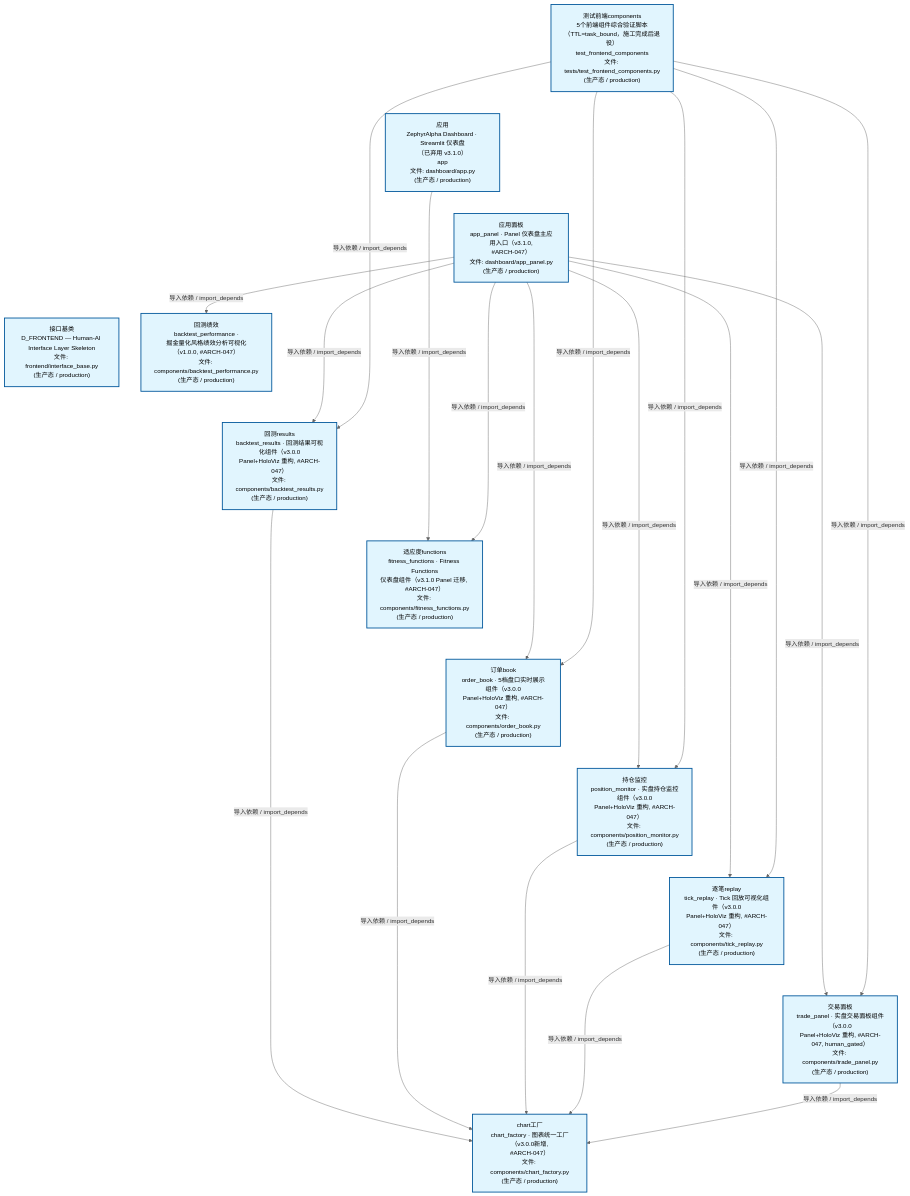
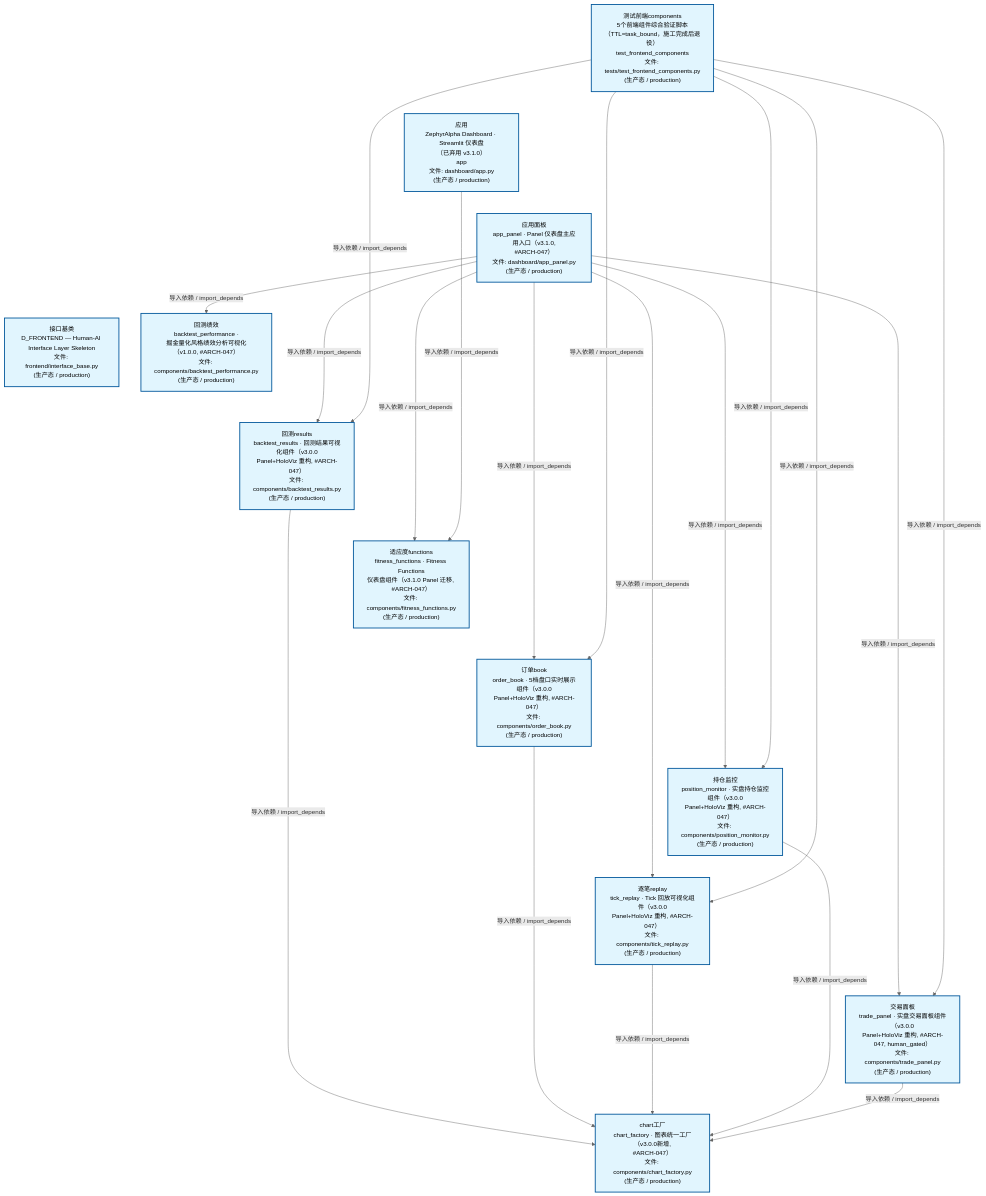
One commit to xuanFelixVan/ZephyrAlpha changed the second of 4 diagrams in docs/02_enterprise_architecture/02_domain_architecture_docs/47_d_frontend.md. Above: the diagram before and after it, drawn with Mermaid. The commit also changed other lines of this file and 46 other files, not shown here.

````diff
--- a/docs/02_enterprise_architecture/02_domain_architecture_docs/47_d_frontend.md
+++ b/docs/02_enterprise_architecture/02_domain_architecture_docs/47_d_frontend.md
@@ -124,48 +124,48 @@
 ```mermaid
 %%{init: {'theme': 'base', 'themeVariables': {'primaryColor': '#eaeaea', 'primaryTextColor': '#333333', 'primaryBorderColor': '#666666', 'lineColor': '#666666', 'secondaryColor': '#eaeaea', 'tertiaryColor': '#eaeaea', 'fontSize': '14px'}}}%%
 flowchart TD
     scripts_tests_test_frontend_components_py["测试前端components<br/>5个前端组件综合验证脚本<br/>（TTL=task_bound，施工完成后退役）<br/>test_frontend_components<br/>文件: tests/test_frontend_components.py<br/>(生产态 / production)"]
     src_zephyr_frontend_dashboard_app_py["应用<br/>ZephyrAlpha Dashboard · Streamlit 仪表盘<br/>（已弃用 v3.1.0）<br/>app<br/>文件: dashboard/app.py<br/>(生产态 / production)"]
     src_zephyr_frontend_dashboard_app_panel_py["应用面板<br/>app_panel · Panel 仪表盘主应用入口（v3.1.0,<br/>#ARCH-047）<br/>文件: dashboard/app_panel.py<br/>(生产态 / production)"]
     src_zephyr_frontend_interface_base_py["接口基类<br/>D_FRONTEND — Human-AI Interface Layer Skeleton<br/>文件: frontend/interface_base.py<br/>(生产态 / production)"]
     scripts_tests_test_frontend_components_py ~~~ src_zephyr_frontend_dashboard_app_py
     src_zephyr_frontend_dashboard_app_py ~~~ src_zephyr_frontend_dashboard_app_panel_py
     src_zephyr_frontend_dashboard_app_panel_py ~~~ src_zephyr_frontend_interface_base_py
     src_zephyr_frontend_dashboard_components_backtest_performance_py["回测绩效<br/>backtest_performance ·<br/>掘金量化风格绩效分析可视化（v1.0.0, #ARCH-047）<br/>文件: components/backtest_performance.py<br/>(生产态 / production)"]
     src_zephyr_frontend_dashboard_components_backtest_results_py["回测results<br/>backtest_results · 回测结果可视化组件（v3.0.0<br/>Panel+HoloViz 重构, #ARCH-047）<br/>文件: components/backtest_results.py<br/>(生产态 / production)"]
     src_zephyr_frontend_dashboard_components_fitness_functions_py["适应度functions<br/>fitness_functions · Fitness Functions<br/>仪表盘组件（v3.1.0 Panel 迁移, #ARCH-047）<br/>文件: components/fitness_functions.py<br/>(生产态 / production)"]
     src_zephyr_frontend_dashboard_components_order_book_py["订单book<br/>order_book · 5档盘口实时展示组件（v3.0.0<br/>Panel+HoloViz 重构, #ARCH-047）<br/>文件: components/order_book.py<br/>(生产态 / production)"]
     src_zephyr_frontend_dashboard_components_position_monitor_py["持仓监控<br/>position_monitor · 实盘持仓监控组件（v3.0.0<br/>Panel+HoloViz 重构, #ARCH-047）<br/>文件: components/position_monitor.py<br/>(生产态 / production)"]
     src_zephyr_frontend_dashboard_components_tick_replay_py["逐笔replay<br/>tick_replay · Tick 回放可视化组件（v3.0.0<br/>Panel+HoloViz 重构, #ARCH-047）<br/>文件: components/tick_replay.py<br/>(生产态 / production)"]
     src_zephyr_frontend_dashboard_components_trade_panel_py["交易面板<br/>trade_panel · 实盘交易面板组件（v3.0.0<br/>Panel+HoloViz 重构, #ARCH-047, human_gated）<br/>文件: components/trade_panel.py<br/>(生产态 / production)"]
     src_zephyr_frontend_dashboard_components_backtest_performance_py ~~~ src_zephyr_frontend_dashboard_components_backtest_results_py
     src_zephyr_frontend_dashboard_components_backtest_results_py ~~~ src_zephyr_frontend_dashboard_components_fitness_functions_py
     src_zephyr_frontend_dashboard_components_fitness_functions_py ~~~ src_zephyr_frontend_dashboard_components_order_book_py
     src_zephyr_frontend_dashboard_components_order_book_py ~~~ src_zephyr_frontend_dashboard_components_position_monitor_py
     src_zephyr_frontend_dashboard_components_position_monitor_py ~~~ src_zephyr_frontend_dashboard_components_tick_replay_py
     src_zephyr_frontend_dashboard_components_tick_replay_py ~~~ src_zephyr_frontend_dashboard_components_trade_panel_py
     src_zephyr_frontend_dashboard_components_chart_factory_py["chart工厂<br/>chart_factory · 图表统一工厂（v3.0.0新增,<br/>#ARCH-047）<br/>文件: components/chart_factory.py<br/>(生产态 / production)"]
-    src_zephyr_frontend_dashboard_app_py -->|导入依赖 / import_depends| src_zephyr_frontend_dashboard_components_fitness_functions_py
     src_zephyr_frontend_dashboard_app_panel_py -->|导入依赖 / import_depends| src_zephyr_frontend_dashboard_components_backtest_performance_py
     src_zephyr_frontend_dashboard_app_panel_py -->|导入依赖 / import_depends| src_zephyr_frontend_dashboard_components_backtest_results_py
+    src_zephyr_frontend_dashboard_app_panel_py -->|导入依赖 / import_depends| src_zephyr_frontend_dashboard_components_fitness_functions_py
     src_zephyr_frontend_dashboard_app_panel_py -->|导入依赖 / import_depends| src_zephyr_frontend_dashboard_components_order_book_py
+    src_zephyr_frontend_dashboard_app_panel_py -->|导入依赖 / import_depends| src_zephyr_frontend_dashboard_components_tick_replay_py
     src_zephyr_frontend_dashboard_app_panel_py -->|导入依赖 / import_depends| src_zephyr_frontend_dashboard_components_position_monitor_py
-    src_zephyr_frontend_dashboard_app_panel_py -->|导入依赖 / import_depends| src_zephyr_frontend_dashboard_components_fitness_functions_py
-    src_zephyr_frontend_dashboard_app_panel_py -->|导入依赖 / import_depends| src_zephyr_frontend_dashboard_components_tick_replay_py
     src_zephyr_frontend_dashboard_app_panel_py -->|导入依赖 / import_depends| src_zephyr_frontend_dashboard_components_trade_panel_py
+    src_zephyr_frontend_dashboard_app_py -->|导入依赖 / import_depends| src_zephyr_frontend_dashboard_components_fitness_functions_py
     src_zephyr_frontend_dashboard_components_backtest_results_py -->|导入依赖 / import_depends| src_zephyr_frontend_dashboard_components_chart_factory_py
     src_zephyr_frontend_dashboard_components_order_book_py -->|导入依赖 / import_depends| src_zephyr_frontend_dashboard_components_chart_factory_py
+    src_zephyr_frontend_dashboard_components_tick_replay_py -->|导入依赖 / import_depends| src_zephyr_frontend_dashboard_components_chart_factory_py
     src_zephyr_frontend_dashboard_components_position_monitor_py -->|导入依赖 / import_depends| src_zephyr_frontend_dashboard_components_chart_factory_py
-    src_zephyr_frontend_dashboard_components_tick_replay_py -->|导入依赖 / import_depends| src_zephyr_frontend_dashboard_components_chart_factory_py
     src_zephyr_frontend_dashboard_components_trade_panel_py -->|导入依赖 / import_depends| src_zephyr_frontend_dashboard_components_chart_factory_py
     scripts_tests_test_frontend_components_py -->|导入依赖 / import_depends| src_zephyr_frontend_dashboard_components_backtest_results_py
     scripts_tests_test_frontend_components_py -->|导入依赖 / import_depends| src_zephyr_frontend_dashboard_components_order_book_py
+    scripts_tests_test_frontend_components_py -->|导入依赖 / import_depends| src_zephyr_frontend_dashboard_components_tick_replay_py
     scripts_tests_test_frontend_components_py -->|导入依赖 / import_depends| src_zephyr_frontend_dashboard_components_position_monitor_py
-    scripts_tests_test_frontend_components_py -->|导入依赖 / import_depends| src_zephyr_frontend_dashboard_components_tick_replay_py
     scripts_tests_test_frontend_components_py -->|导入依赖 / import_depends| src_zephyr_frontend_dashboard_components_trade_panel_py
     classDef production fill:#e1f5fe,stroke:#01579b,stroke-width:2px,color:#000
     classDef design fill:#fff3e0,stroke:#e65100,stroke-width:2px,color:#000,stroke-dasharray: 5 5
     classDef external_prod fill:#e8f4fd,stroke:#0277bd,stroke-width:1px,color:#000
     classDef external_design fill:#fff8e7,stroke:#ef6c00,stroke-width:1px,color:#000,stroke-dasharray: 5 5
     class scripts_tests_test_frontend_components_py,src_zephyr_frontend_dashboard_app_py,src_zephyr_frontend_dashboard_app_panel_py,src_zephyr_frontend_dashboard_components_backtest_performance_py,src_zephyr_frontend_dashboard_components_backtest_results_py,src_zephyr_frontend_dashboard_components_chart_factory_py,src_zephyr_frontend_dashboard_components_fitness_functions_py,src_zephyr_frontend_dashboard_components_order_book_py,src_zephyr_frontend_dashboard_components_position_monitor_py,src_zephyr_frontend_dashboard_components_tick_replay_py,src_zephyr_frontend_dashboard_components_trade_panel_py,src_zephyr_frontend_interface_base_py production
 ```
````
